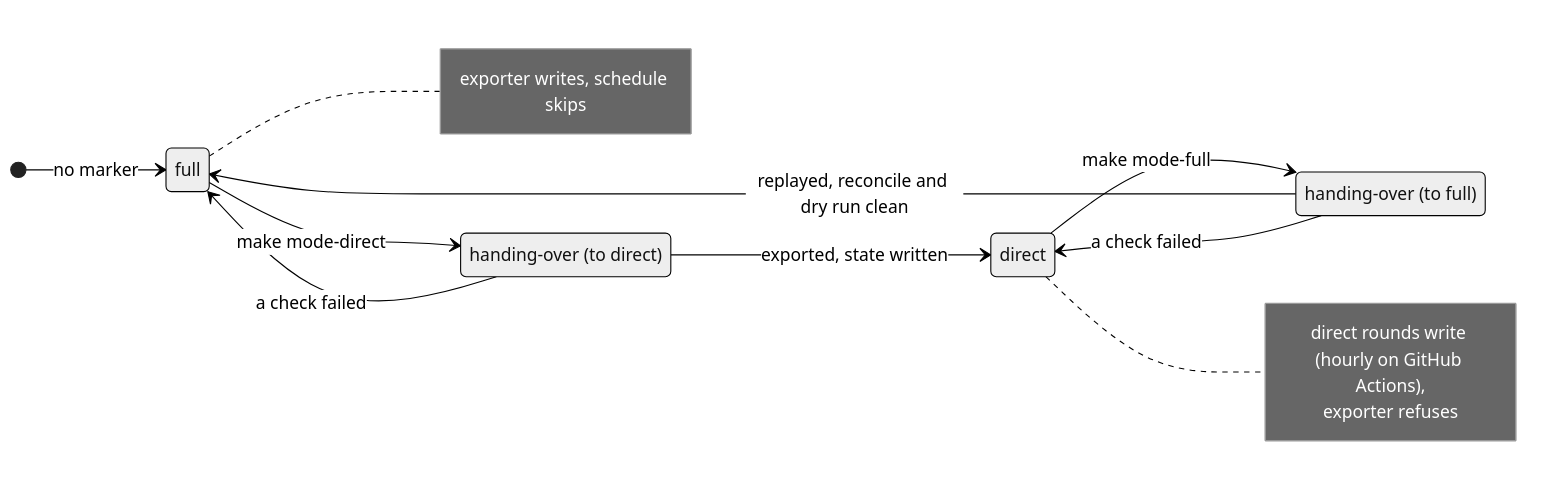
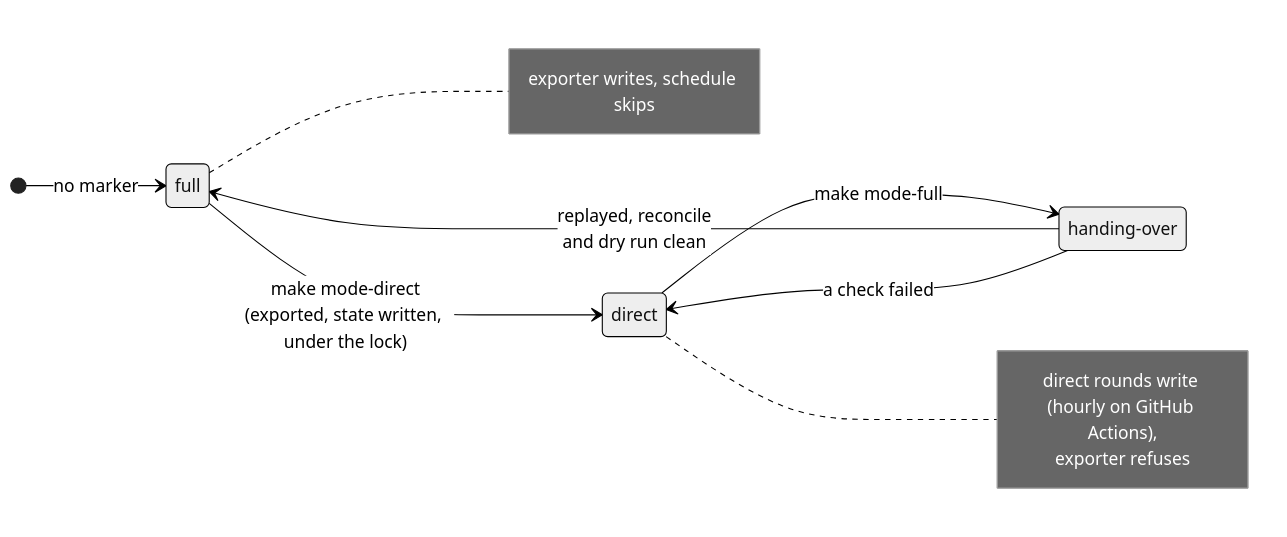
Before and after one commit to dienarvaez1/earth-hub: the fifth of 8 diagrams in docs/technical/architecture.md, drawn with Mermaid (neutral theme). The commit also changed other lines of this file and 2 other files, not shown here.

First line of the commit message:
docs: diagrams of both handovers, and the switch in the README

````diff
--- a/docs/technical/architecture.md
+++ b/docs/technical/architecture.md
@@ -255,15 +255,12 @@
 ```mermaid
 stateDiagram-v2
     direction LR
     [*] --> full: no marker
-    full --> handing_over_d: make mode-direct
-    handing_over_d --> direct: exported, state written
-    handing_over_d --> full: a check failed
-    direct --> handing_over_f: make mode-full
-    handing_over_f --> full: replayed, reconcile and dry run clean
-    handing_over_f --> direct: a check failed
-    state "handing-over (to direct)" as handing_over_d
-    state "handing-over (to full)" as handing_over_f
+    full --> direct: make mode-direct<br/>(exported, state written, under the lock)
+    direct --> handing_over: make mode-full
+    handing_over --> full: replayed, reconcile<br/>and dry run clean
+    handing_over --> direct: a check failed
+    state "handing-over" as handing_over
     note right of full: exporter writes, schedule skips
     note right of direct: direct rounds write (hourly on GitHub Actions),<br/>exporter refuses
 ```
````
